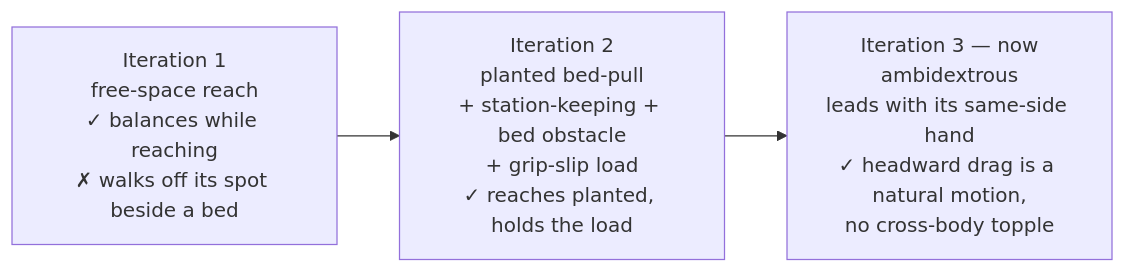
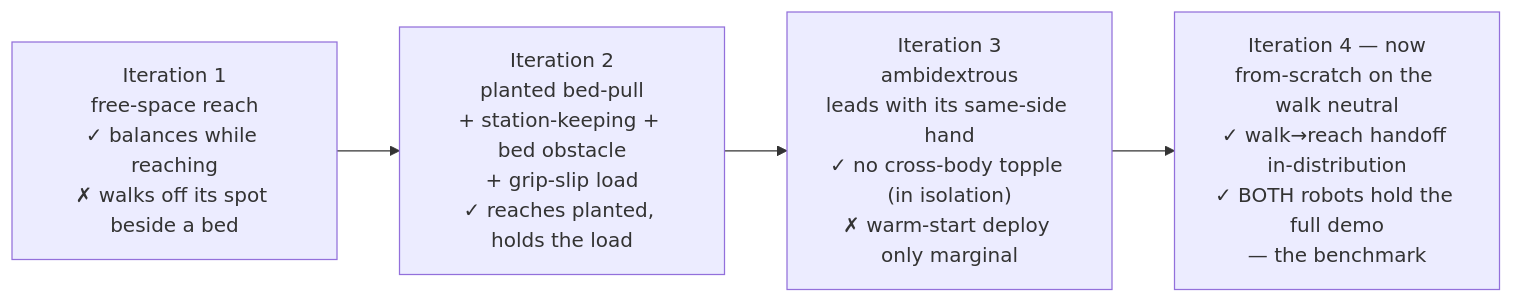
The first of 2 diagrams in examples/isaac_bed_making/RL_WHOLE_BODY_REACH.md (armwaheed/robots), drawn with Mermaid before and after one commit. The commit also changed other lines of this file and 7 other files, not shown here.

First line of the commit message:
Isaac bed-making: from-scratch reach retrain — the two-G1 benchmark

````diff
--- a/examples/isaac_bed_making/RL_WHOLE_BODY_REACH.md
+++ b/examples/isaac_bed_making/RL_WHOLE_BODY_REACH.md
@@ -106,7 +111,8 @@
 ```mermaid
 flowchart LR
     V1["Iteration 1<br/>free-space reach<br/>✓ balances while reaching<br/>✗ walks off its spot beside a bed"]
     V2["Iteration 2<br/>planted bed-pull<br/>+ station-keeping + bed obstacle<br/>+ grip-slip load<br/>✓ reaches planted, holds the load"]
-    V3["Iteration 3 — now<br/>ambidextrous<br/>leads with its same-side hand<br/>✓ headward drag is a natural motion,<br/>no cross-body topple"]
-    V1 --> V2 --> V3
+    V3["Iteration 3<br/>ambidextrous<br/>leads with its same-side hand<br/>✓ no cross-body topple (in isolation)<br/>✗ warm-start deploy only marginal"]
+    V4["Iteration 4 — now<br/>from-scratch on the walk neutral<br/>✓ walk→reach handoff in-distribution<br/>✓ BOTH robots hold the full demo<br/>— the benchmark"]
+    V1 --> V2 --> V3 --> V4
 ```
````
